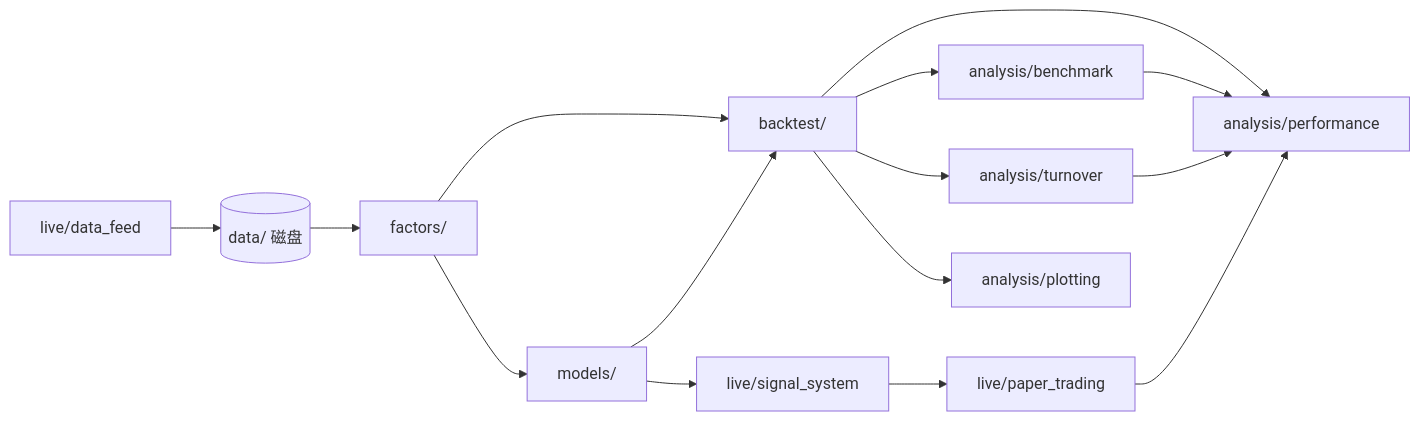
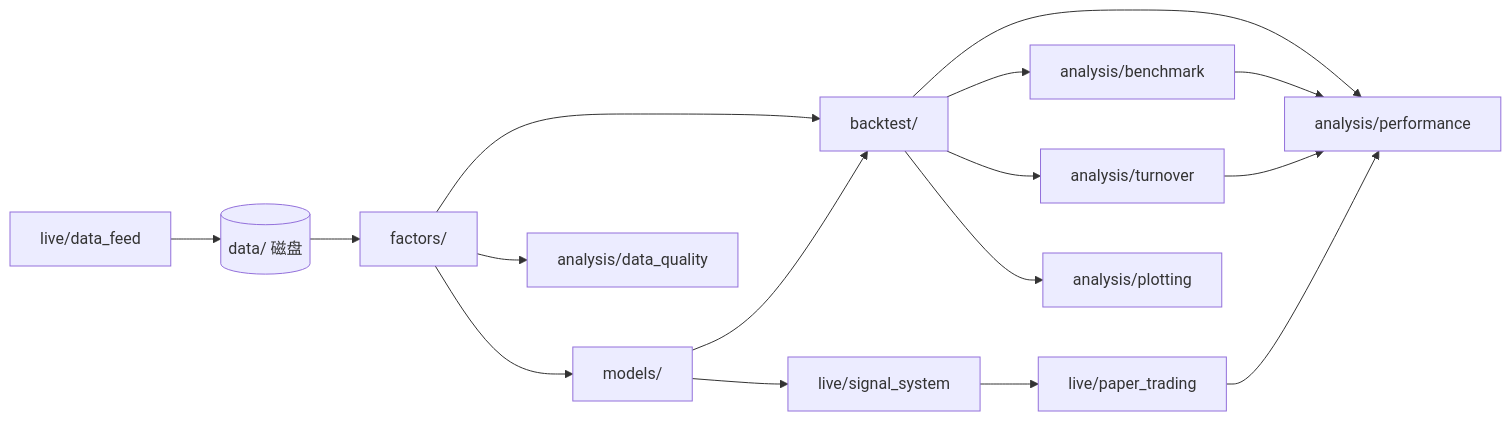
The diagram in docs/CODE_STRUCTURE.md (Mikowong0821/quant_strategy), drawn with Mermaid before and after one commit. The commit also changed other lines of this file and 12 other files, not shown here.

Commit message:
Add data quality coverage reports

````diff
--- a/docs/CODE_STRUCTURE.md
+++ b/docs/CODE_STRUCTURE.md
@@ -18,29 +18,31 @@
 ```mermaid
 flowchart LR
   data[(data/ 磁盘)]
   feed[live/data_feed]
   fac[factors/]
   bt[backtest/]
   opt[models/]
   sig[live/signal_system]
   paper[live/paper_trading]
   perf[analysis/performance]
+  dq[analysis/data_quality]
   bench[analysis/benchmark]
   turn[analysis/turnover]
   plot[analysis/plotting]
 
   data --> fac
   feed --> data
   fac --> bt
+  fac --> dq
   opt --> bt
   bt --> perf
   bt --> bench
   bt --> turn
   bench --> perf
   turn --> perf
   bt --> plot
   fac --> opt
   opt --> sig
   sig --> paper
   paper --> perf
 ```
````
